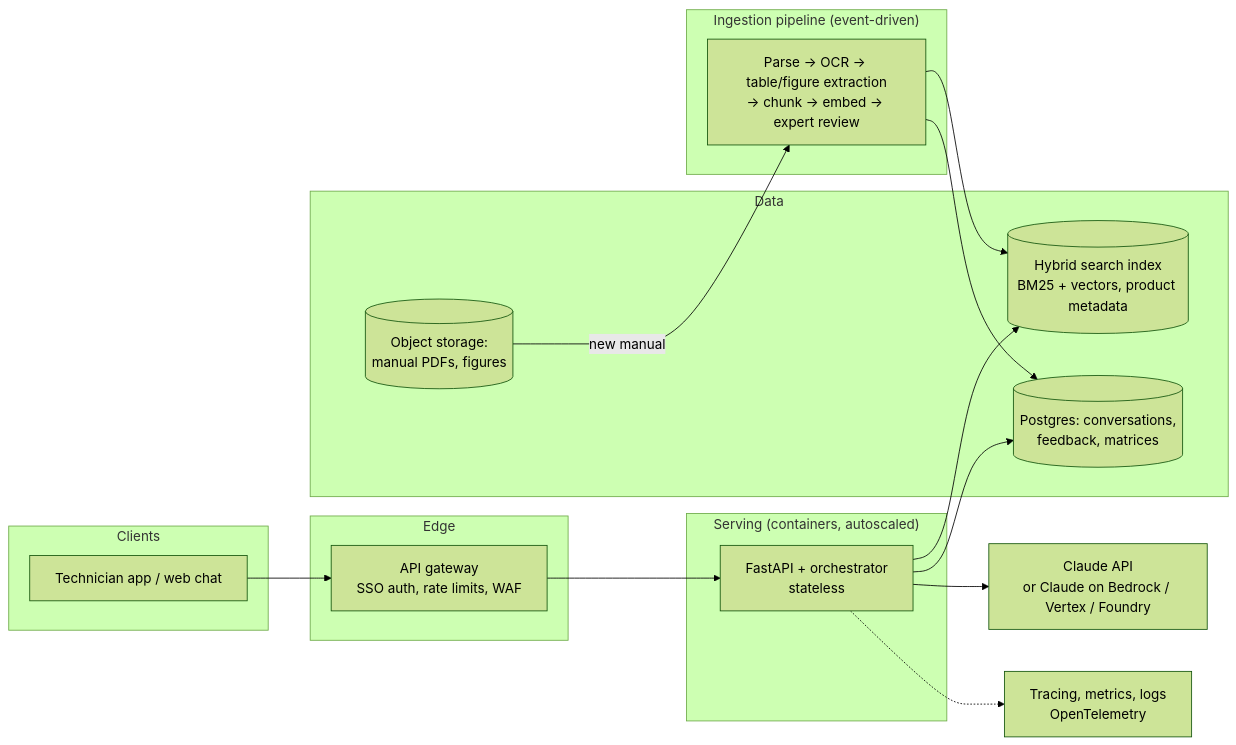
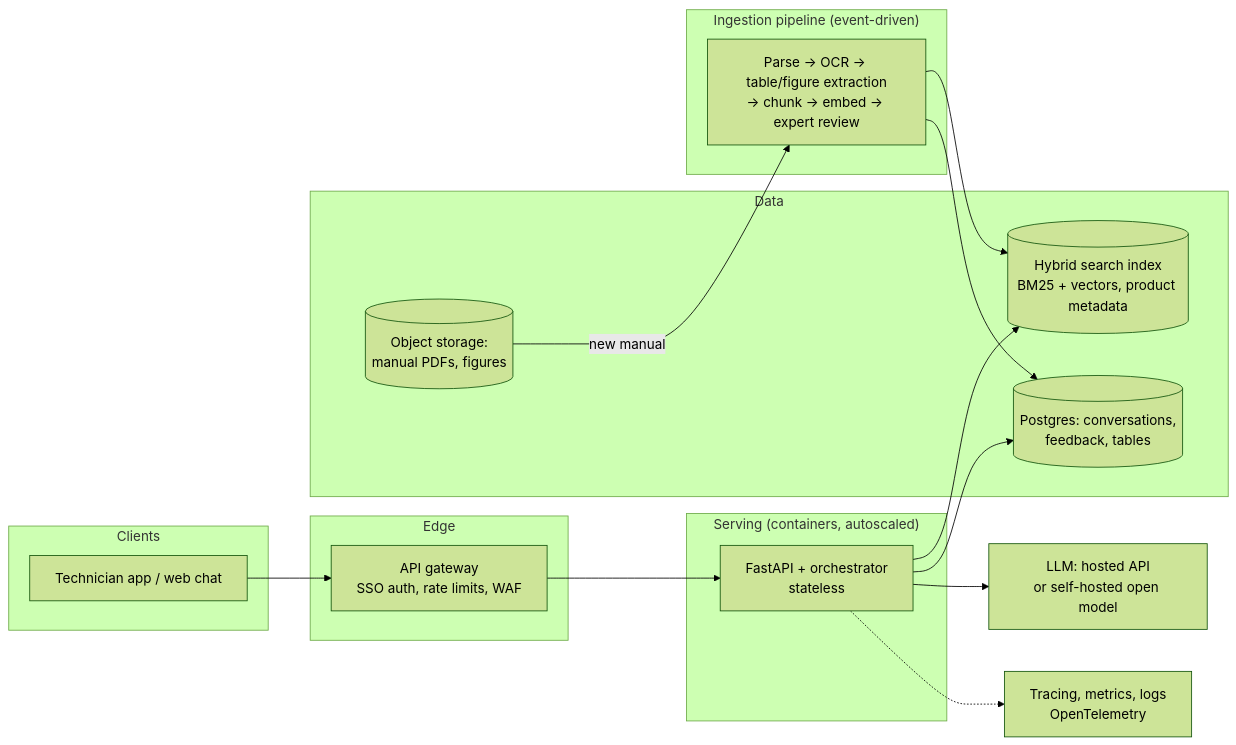
Before and after one commit to joanvaquer/fluidra: the second of 2 diagrams in docs/ARCHITECTURE.md, drawn with Mermaid (forest theme). The commit also changed other lines of this file and 25 other files, not shown here.

````diff
--- a/docs/ARCHITECTURE.md
+++ b/docs/ARCHITECTURE.md
@@ -74,30 +120,30 @@
 ```mermaid
 flowchart LR
     subgraph Clients
       APP[Technician app / web chat]
     end
     subgraph Edge
       GW[API gateway<br/>SSO auth, rate limits, WAF]
     end
     subgraph Serving["Serving (containers, autoscaled)"]
       API[FastAPI + orchestrator<br/>stateless]
     end
     subgraph Data
       VS[(Hybrid search index<br/>BM25 + vectors, product metadata)]
-      DB[(Postgres: conversations,<br/>feedback, matrices)]
+      DB[(Postgres: conversations,<br/>feedback, tables)]
       BLOB[(Object storage:<br/>manual PDFs, figures)]
     end
     subgraph Ingestion["Ingestion pipeline (event-driven)"]
       ING[Parse → OCR → table/figure extraction<br/>→ chunk → embed → expert review]
     end
-    LLM[Claude API<br/>or Claude on Bedrock / Vertex / Foundry]
+    LLM[LLM: hosted API<br/>or self-hosted open model]
     OBS[Tracing, metrics, logs<br/>OpenTelemetry]
 
     APP --> GW --> API
     API --> VS
     API --> DB
     API --> LLM
     API -.-> OBS
     BLOB -- new manual --> ING --> VS
     ING --> DB
 ```
````
